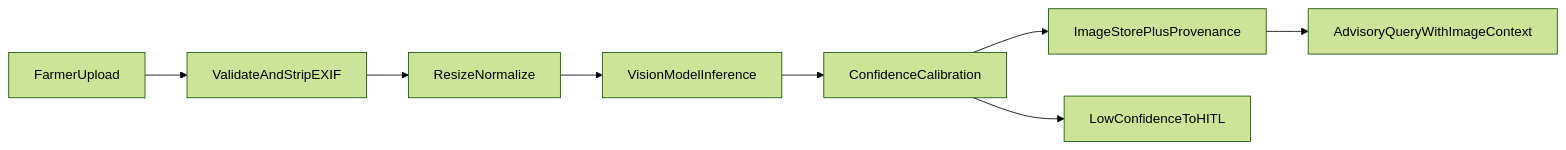
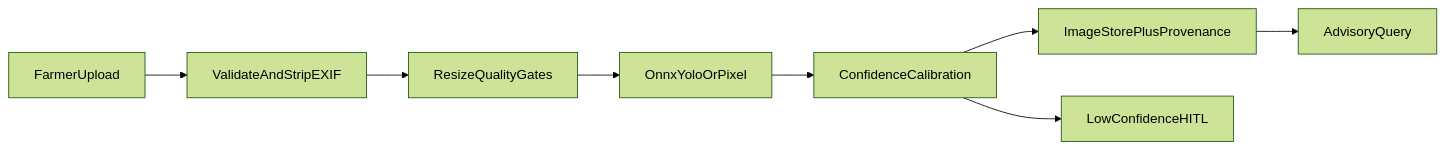
The diagram in Docs/VISION_PIPELINE.md (MUKUL-PRASAD-SIGH/SasyaAI), drawn with Mermaid (forest theme) before and after one commit. The commit also changed other lines of this file and 23 other files, not shown here.

First line of the commit message:
Add real crop vision pipeline with optional YOLO ONNX.

````diff
--- a/Docs/VISION_PIPELINE.md
+++ b/Docs/VISION_PIPELINE.md
@@ -55,10 +29,10 @@
 ```mermaid
 flowchart LR
     upload[FarmerUpload] --> validate[ValidateAndStripEXIF]
-    validate --> preprocess[ResizeNormalize]
-    preprocess --> infer[VisionModelInference]
+    validate --> preprocess[ResizeQualityGates]
+    preprocess --> infer[OnnxYoloOrPixel]
     infer --> calibrate[ConfidenceCalibration]
     calibrate --> store[ImageStorePlusProvenance]
-    store --> advisory[AdvisoryQueryWithImageContext]
-    calibrate --> hitl[LowConfidenceToHITL]
+    store --> advisory[AdvisoryQuery]
+    calibrate --> hitl[LowConfidenceHITL]
 ```
````
